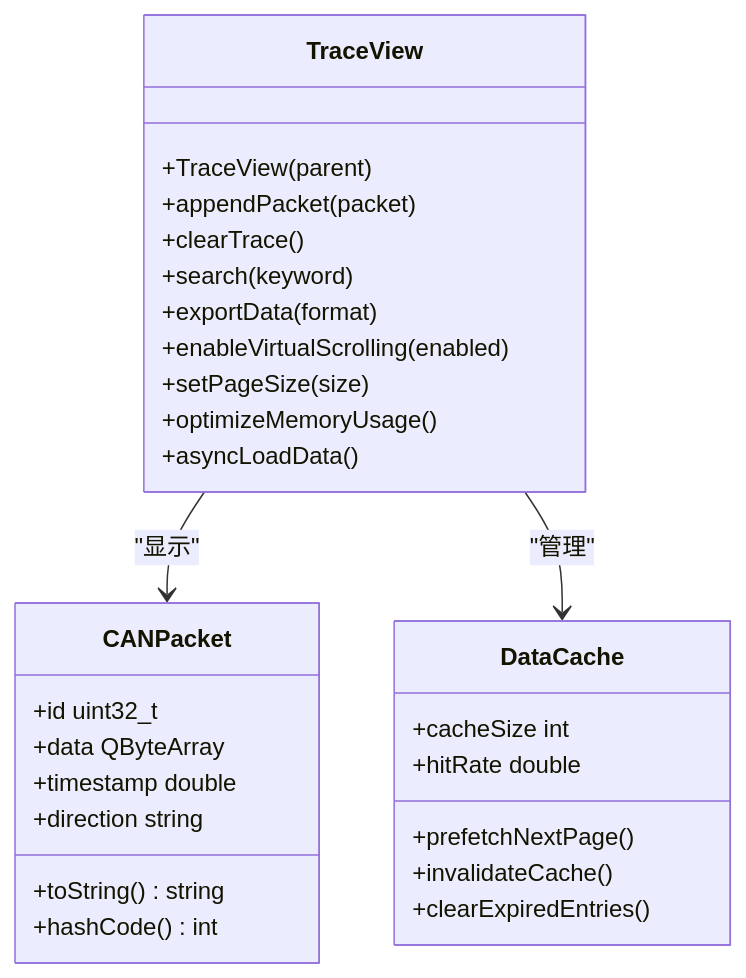
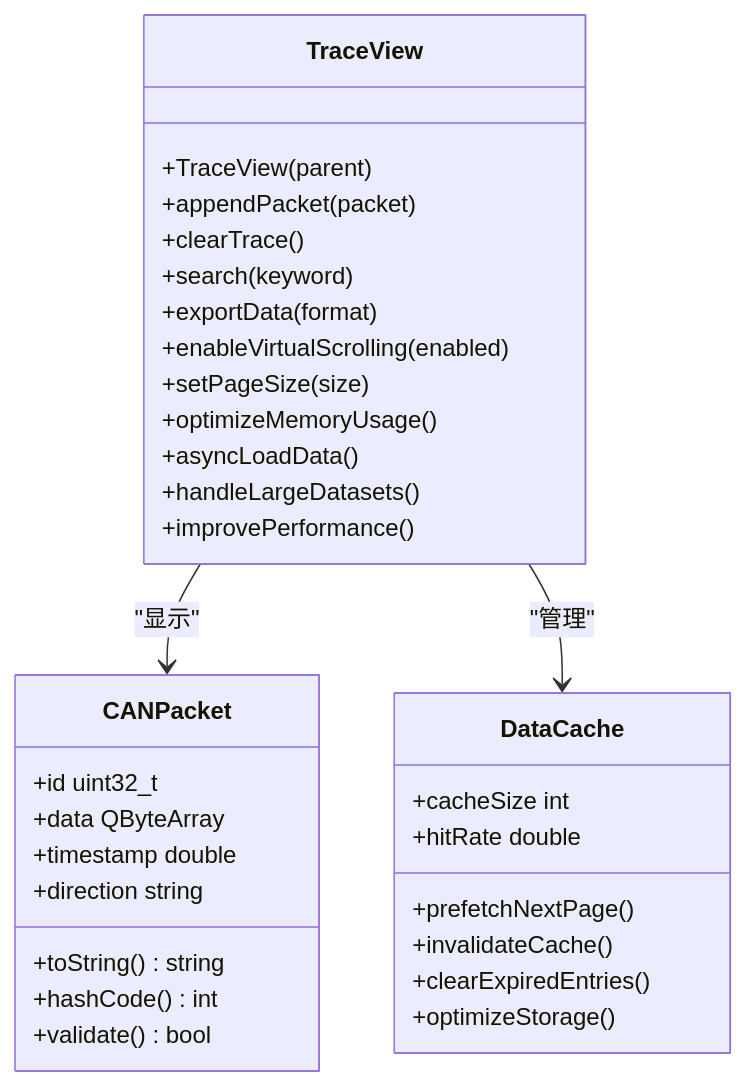
One commit to jakecai1225-design/OpenBus changed the seventh of 15 diagrams in .qoder/repowiki/zh/content/架构设计/UI系统设计/UI系统设计.md. Above: the diagram before and after it, drawn with Mermaid. The commit also changed other lines of this file and 15 other files, not shown here.

Commit message:
分离试图 拓扑图

````diff
--- a/.qoder/repowiki/zh/content/架构设计/UI系统设计/UI系统设计.md
+++ b/.qoder/repowiki/zh/content/架构设计/UI系统设计/UI系统设计.md
@@ -498,31 +517,35 @@
 ```mermaid
 classDiagram
 class TraceView {
 +TraceView(parent)
 +appendPacket(packet)
 +clearTrace()
 +search(keyword)
 +exportData(format)
 +enableVirtualScrolling(enabled)
 +setPageSize(size)
 +optimizeMemoryUsage()
 +asyncLoadData()
++handleLargeDatasets()
++improvePerformance()
 }
 class CANPacket {
 +id uint32_t
 +data QByteArray
 +timestamp double
 +direction string
 +toString() string
 +hashCode() int
++validate() bool
 }
 class DataCache {
 +cacheSize int
 +hitRate double
 +prefetchNextPage()
 +invalidateCache()
 +clearExpiredEntries()
++optimizeStorage()
 }
 TraceView --> CANPacket : "显示"
 TraceView --> DataCache : "管理"
 ```
````
